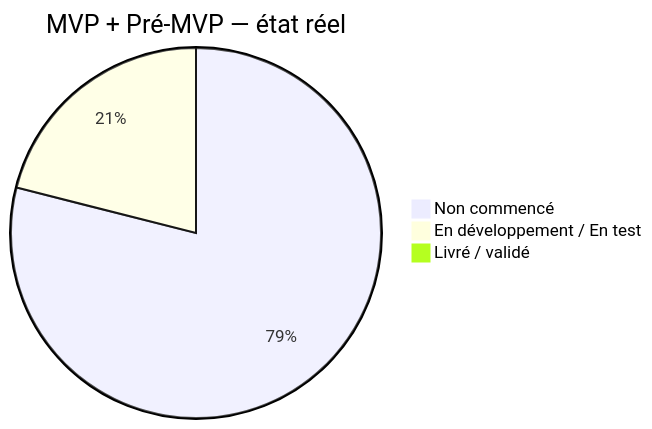
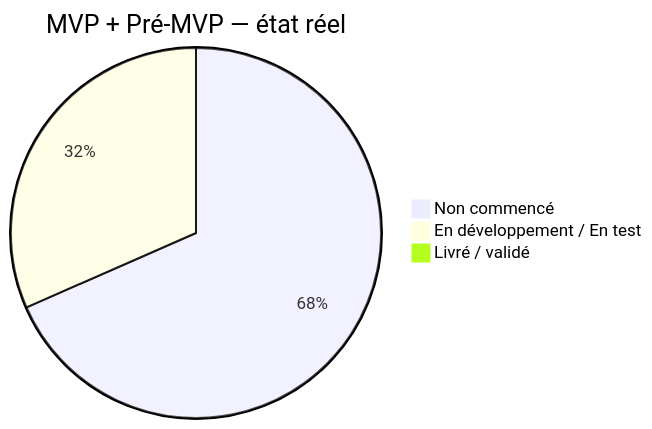
The first of 5 diagrams in docs/runtime/02_FEATURE_STATUS.md (JavaChrist/Tai-Chi-AI-Coach), drawn with Mermaid before and after one commit. The commit also changed other lines of this file and 37 other files, not shown here.

````diff
--- a/docs/runtime/02_FEATURE_STATUS.md
+++ b/docs/runtime/02_FEATURE_STATUS.md
@@ -114,6 +115,6 @@
 ```mermaid
 pie title MVP + Pré-MVP — état réel
-  "Non commencé" : 15
-  "En développement / En test" : 4
+  "Non commencé" : 13
+  "En développement / En test" : 6
   "Livré / validé" : 0
 ```
````
